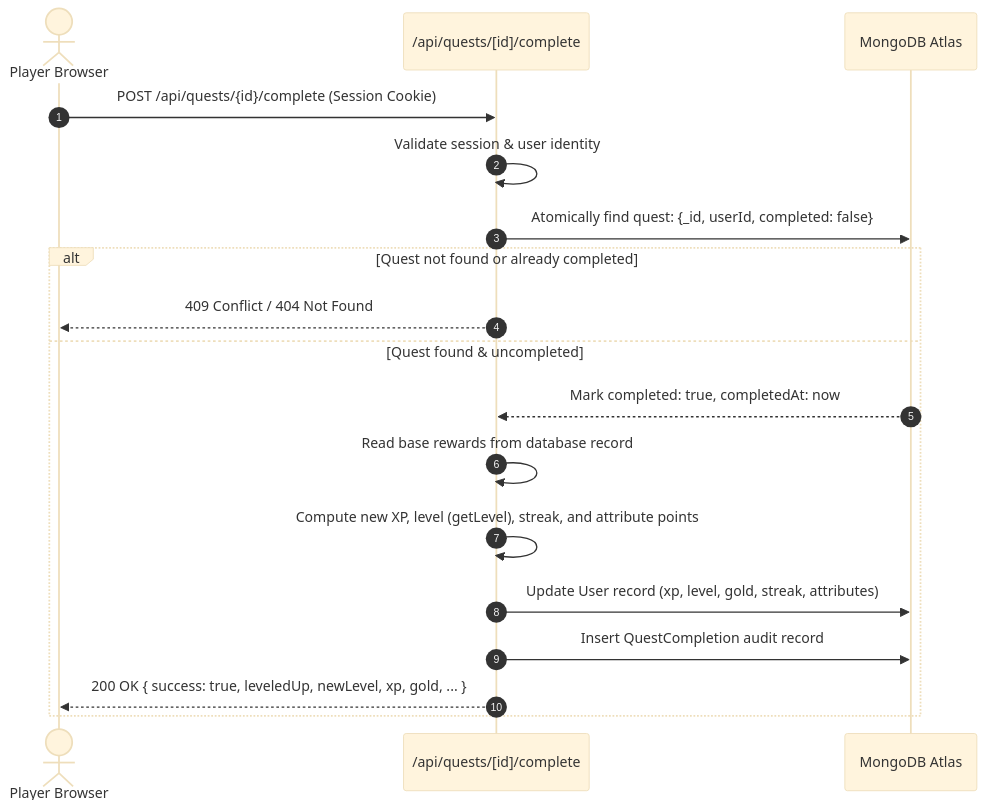
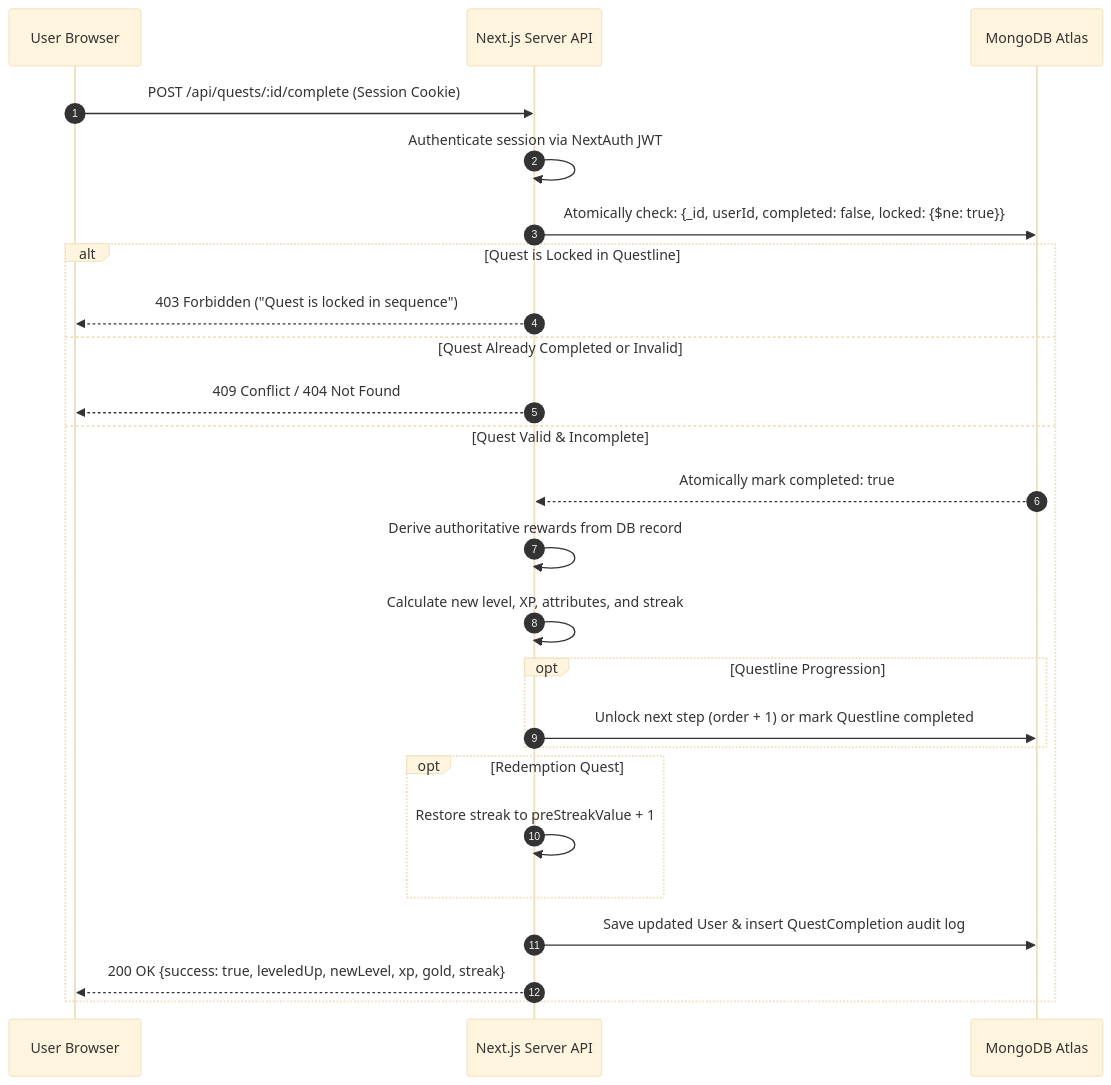
One commit to mohdasif-v1/ascend-life-rpg changed the second of 2 diagrams in README.md. Above: the diagram before and after it, drawn with Mermaid (base theme). The commit also changed other lines of this file and 14 other files, not shown here.

````diff
--- a/README.md
+++ b/README.md
@@ -99,21 +90,28 @@
 ```mermaid
 sequenceDiagram
     autonumber
-    actor Player as Player Browser
-    participant API as /api/quests/[id]/complete
+    participant U as User Browser
+    participant S as Next.js Server API
     participant DB as MongoDB Atlas
 
-    Player->>API: POST /api/quests/{id}/complete (Session Cookie)
-    API->>API: Validate session & user identity
-    API->>DB: Atomically find quest: {_id, userId, completed: false}
-    alt Quest not found or already completed
-        API-->>Player: 409 Conflict / 404 Not Found
-    else Quest found & uncompleted
-        DB-->>API: Mark completed: true, completedAt: now
-        API->>API: Read base rewards from database record
-        API->>API: Compute new XP, level (getLevel), streak, and attribute points
-        API->>DB: Update User record (xp, level, gold, streak, attributes)
-        API->>DB: Insert QuestCompletion audit record
-        API-->>Player: 200 OK { success: true, leveledUp, newLevel, xp, gold, ... }
+    U->>S: POST /api/quests/:id/complete (Session Cookie)
+    S->>S: Authenticate session via NextAuth JWT
+    S->>DB: Atomically check: {_id, userId, completed: false, locked: {$ne: true}}
+    alt Quest is Locked in Questline
+        S-->>U: 403 Forbidden ("Quest is locked in sequence")
+    else Quest Already Completed or Invalid
+        S-->>U: 409 Conflict / 404 Not Found
+    else Quest Valid & Incomplete
+        DB-->>S: Atomically mark completed: true
+        S->>S: Derive authoritative rewards from DB record
+        S->>S: Calculate new level, XP, attributes, and streak
+        opt Questline Progression
+            S->>DB: Unlock next step (order + 1) or mark Questline completed
+        end
+        opt Redemption Quest
+            S->>S: Restore streak to preStreakValue + 1
+        end
+        S->>DB: Save updated User & insert QuestCompletion audit log
+        S-->>U: 200 OK {success: true, leveledUp, newLevel, xp, gold, streak}
     end
 ```
````
